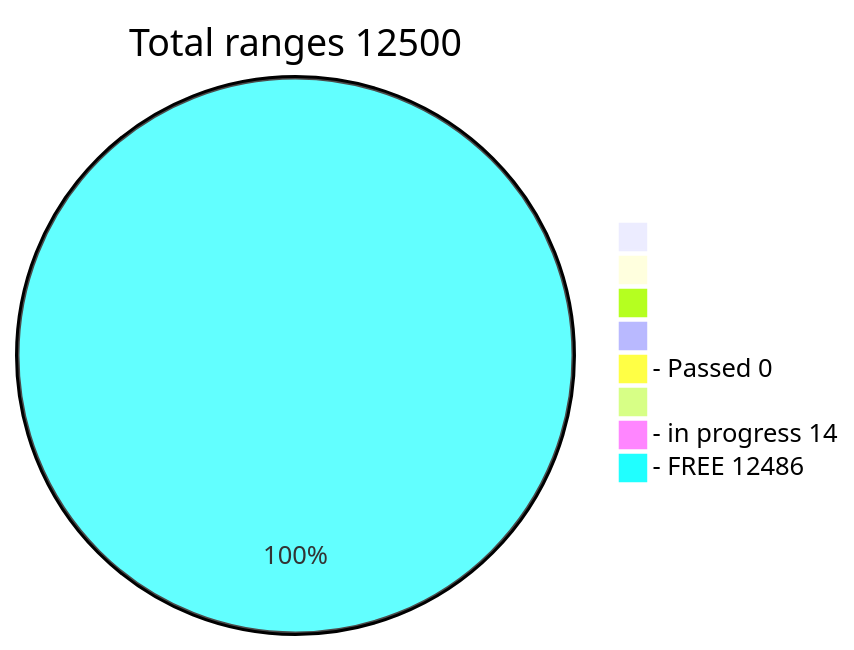
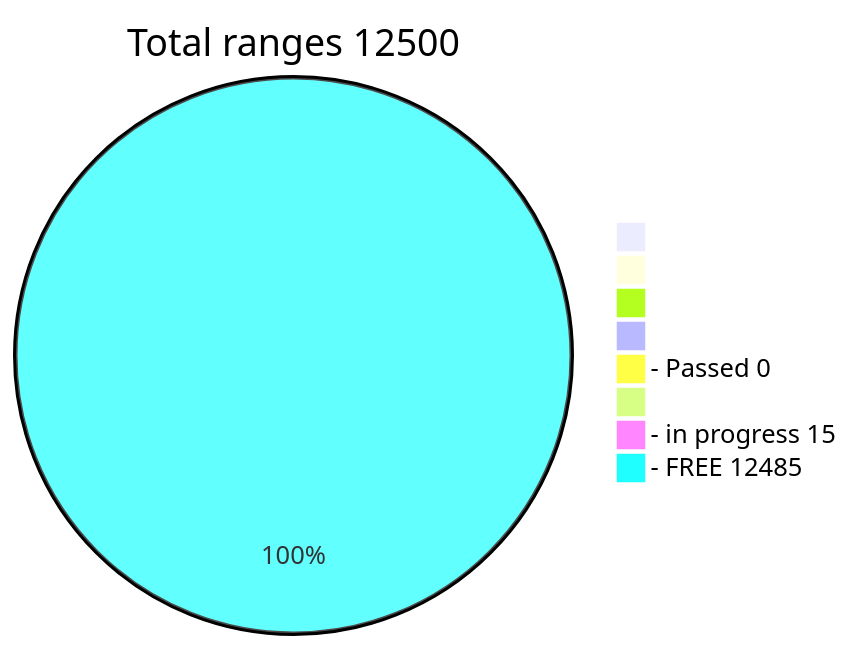
One commit to phrutis/Passphrases changed the diagram in README.md. Above: the diagram before and after it, drawn with Mermaid.

````diff
--- a/README.md
+++ b/README.md
@@ -3,12 +3,12 @@
 ```mermaid
 pie title Total ranges 12500
              " " : 0
             "  " : 0
            "   " : 0
           "    " : 0
   "- Passed 0" : 0
          "     " : 0
-  "- in progress 14" : 14
-   "- FREE 12486" : 12486
+  "- in progress 15" : 15
+   "- FREE 12485" : 12485
    
 ```
````
